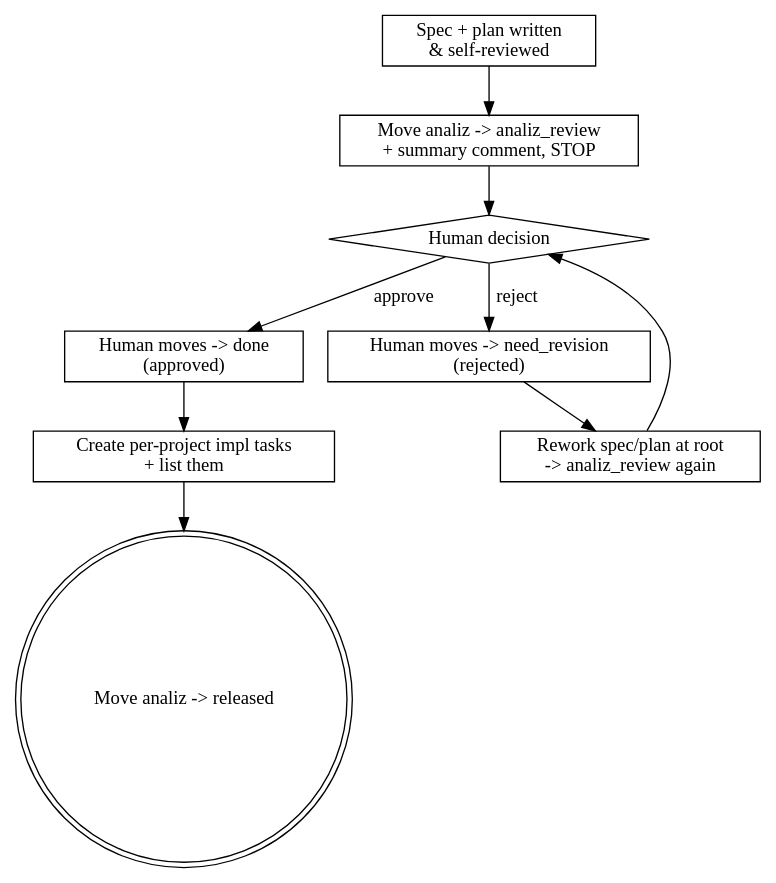
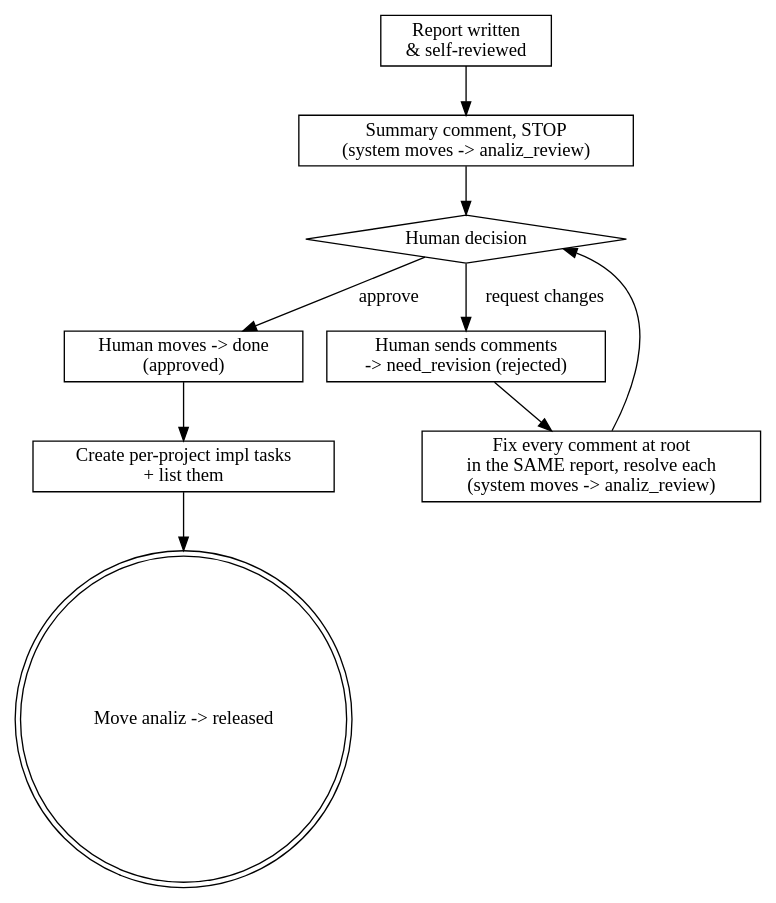
The diagram in catalog/agents/system-architect/skills/analiz-human-review-gate/SKILL.md (BerkEmreCabuk/tasktrooper), drawn with Graphviz before and after one commit. The commit also changed other lines of this file and 73 other files, not shown here.

````diff
--- a/catalog/agents/system-architect/skills/analiz-human-review-gate/SKILL.md
+++ b/catalog/agents/system-architect/skills/analiz-human-review-gate/SKILL.md
@@ -18,21 +20,21 @@
 ```dot
 digraph gate {
-    "Spec + plan written\n& self-reviewed" [shape=box];
-    "Move analiz -> analiz_review\n+ summary comment, STOP" [shape=box];
+    "Report written\n& self-reviewed" [shape=box];
+    "Summary comment, STOP\n(system moves -> analiz_review)" [shape=box];
     "Human decision" [shape=diamond];
     "Human moves -> done\n(approved)" [shape=box];
-    "Human moves -> need_revision\n(rejected)" [shape=box];
+    "Human sends comments\n-> need_revision (rejected)" [shape=box];
     "Create per-project impl tasks\n+ list them" [shape=box];
     "Move analiz -> released" [shape=doublecircle];
-    "Rework spec/plan at root\n-> analiz_review again" [shape=box];
+    "Fix every comment at root\nin the SAME report, resolve each\n(system moves -> analiz_review)" [shape=box];
 
-    "Spec + plan written\n& self-reviewed" -> "Move analiz -> analiz_review\n+ summary comment, STOP";
-    "Move analiz -> analiz_review\n+ summary comment, STOP" -> "Human decision";
+    "Report written\n& self-reviewed" -> "Summary comment, STOP\n(system moves -> analiz_review)";
+    "Summary comment, STOP\n(system moves -> analiz_review)" -> "Human decision";
     "Human decision" -> "Human moves -> done\n(approved)" [label="approve"];
-    "Human decision" -> "Human moves -> need_revision\n(rejected)" [label="reject"];
+    "Human decision" -> "Human sends comments\n-> need_revision (rejected)" [label="request changes"];
     "Human moves -> done\n(approved)" -> "Create per-project impl tasks\n+ list them";
     "Create per-project impl tasks\n+ list them" -> "Move analiz -> released";
-    "Human moves -> need_revision\n(rejected)" -> "Rework spec/plan at root\n-> analiz_review again";
-    "Rework spec/plan at root\n-> analiz_review again" -> "Human decision";
+    "Human sends comments\n-> need_revision (rejected)" -> "Fix every comment at root\nin the SAME report, resolve each\n(system moves -> analiz_review)";
+    "Fix every comment at root\nin the SAME report, resolve each\n(system moves -> analiz_review)" -> "Human decision";
 }
 ```
````
